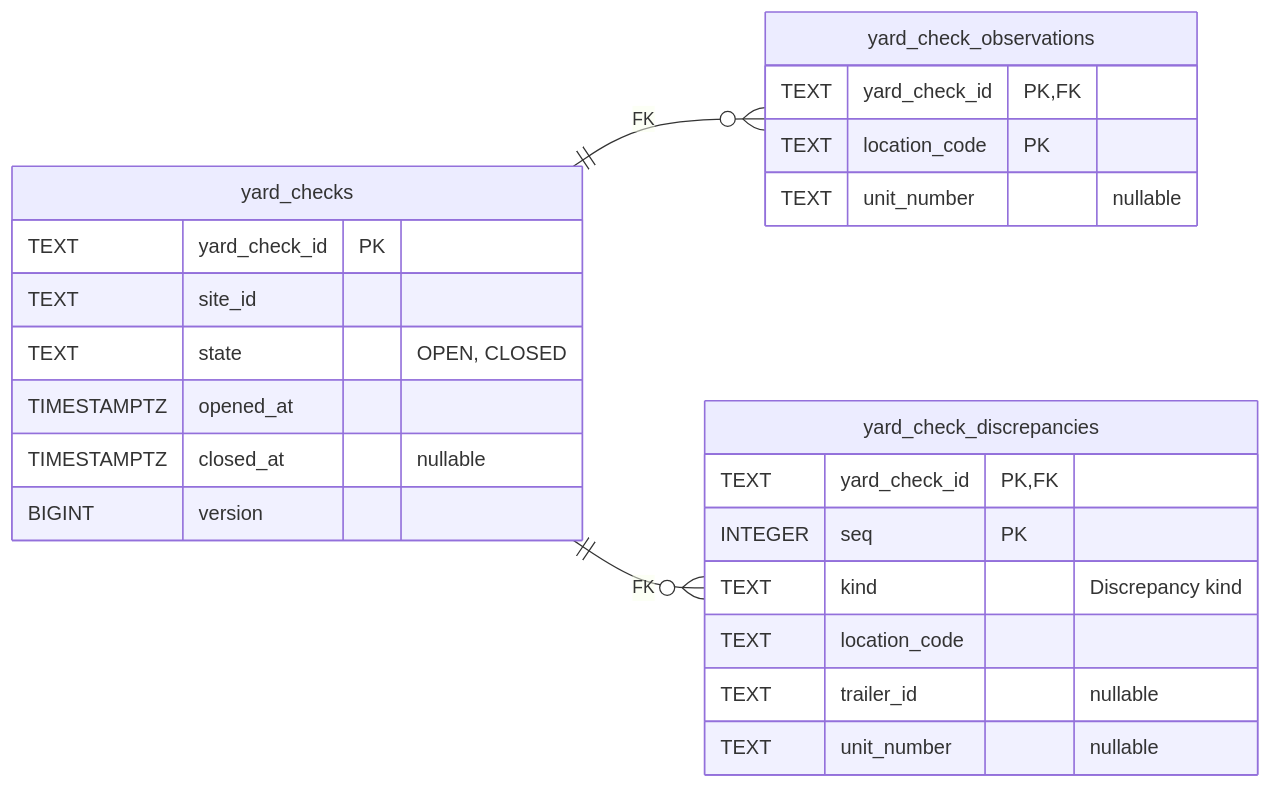
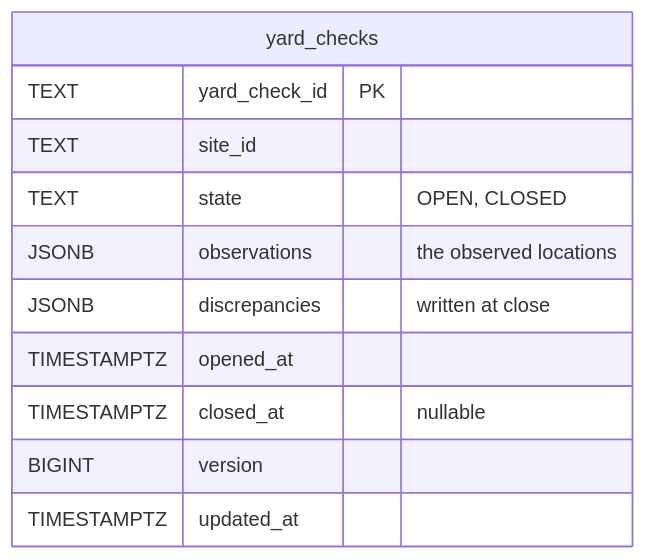
The fourth of 8 diagrams in yard/docs/contexts/yard-management/entity-relationship.md (IQVO/warehouse-docs), drawn with Mermaid before and after one commit. The commit also changed other lines of this file and 51 other files, not shown here.

````diff
--- a/yard/docs/contexts/yard-management/entity-relationship.md
+++ b/yard/docs/contexts/yard-management/entity-relationship.md
@@ -111,27 +118,15 @@
 ```mermaid
 erDiagram
     direction LR
-    yard_checks ||--o{ yard_check_observations : "FK"
-    yard_checks ||--o{ yard_check_discrepancies : "FK"
     yard_checks {
         TEXT yard_check_id PK
         TEXT site_id
         TEXT state "OPEN, CLOSED"
+        JSONB observations "the observed locations"
+        JSONB discrepancies "written at close"
         TIMESTAMPTZ opened_at
         TIMESTAMPTZ closed_at "nullable"
         BIGINT version
-    }
-    yard_check_observations {
-        TEXT yard_check_id PK,FK
-        TEXT location_code PK
-        TEXT unit_number "nullable"
-    }
-    yard_check_discrepancies {
-        TEXT yard_check_id PK,FK
-        INTEGER seq PK
-        TEXT kind "Discrepancy kind"
-        TEXT location_code
-        TEXT trailer_id "nullable"
-        TEXT unit_number "nullable"
+        TIMESTAMPTZ updated_at
     }
 ```
````
